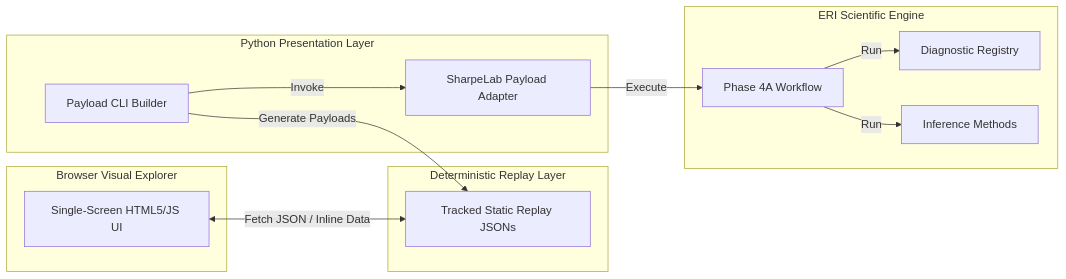
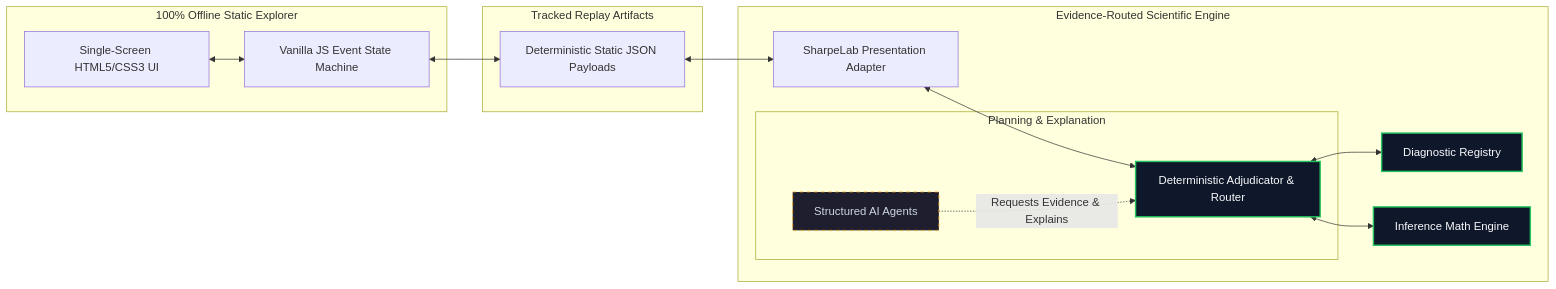
The second of 2 diagrams in docs/architecture-diagrams.md (mbzuaiciao/sharpelab), drawn with Mermaid before and after one commit. The commit also changed other lines of this file and 7 other files, not shown here.

Commit message:
Hackathon: frame SharpeLab as Evidence-Routed Inference demo

````diff
--- a/docs/architecture-diagrams.md
+++ b/docs/architecture-diagrams.md
@@ -42,27 +37,26 @@
 ```mermaid
 flowchart LR
-    subgraph Browser Visual Explorer
-        UI[Single-Screen HTML5/JS UI]
+    subgraph Frontend Presentation Layer [100% Offline Static Explorer]
+        UI[Single-Screen HTML5/CSS3 UI] <--> JS[Vanilla JS Event State Machine]
     end
-    
-    subgraph Deterministic Replay Layer
-        JSON[Tracked Static Replay JSONs]
+
+    subgraph Replay Data Layer [Tracked Replay Artifacts]
+        JS <--> JSON[Deterministic Static JSON Payloads]
     end
-    
-    subgraph Python Presentation Layer
-        Adapter[SharpeLab Payload Adapter]
-        Builder[Payload CLI Builder]
+
+    subgraph Scientific Core [Evidence-Routed Scientific Engine]
+        JSON <--> Adapter[SharpeLab Presentation Adapter]
+        Adapter <--> Engine[Deterministic Adjudicator & Router]
+        Engine <--> Diag[Diagnostic Registry]
+        Engine <--> Infer[Inference Math Engine]
+
+        subgraph Subordinate AI Agent Layer [Planning & Explanation]
+            Agent[Structured AI Agents] -.->|Requests Evidence & Explains| Engine
+        end
     end
-    
-    subgraph ERI Scientific Engine
-        Workflow[Phase 4A Workflow]
-        Diagnostics[Diagnostic Registry]
-        Inference[Inference Methods]
-    end
-    
-    UI <-->|Fetch JSON / Inline Data| JSON
-    Builder -->|Generate Payloads| JSON
-    Builder -->|Invoke| Adapter
-    Adapter -->|Execute| Workflow
-    Workflow -->|Run| Diagnostics & Inference
+
+    classDef coreNode fill:#0f172a,stroke:#22c55e,stroke-width:2px,color:#f8fafc;
+    classDef agentNode fill:#1e1e2e,stroke:#f59e0b,stroke-width:1px,stroke-dasharray: 5 5,color:#cbd5e1;
+    class Engine,Diag,Infer coreNode;
+    class Agent agentNode;
 ```
````
